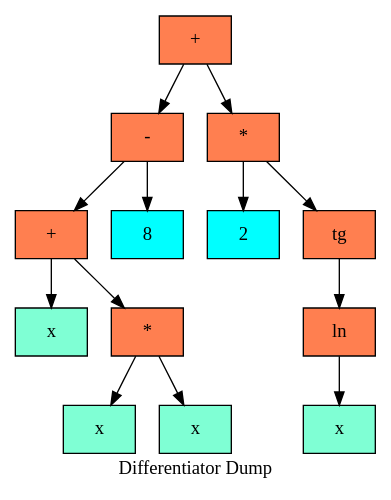
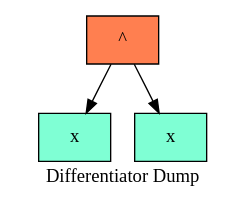
Before and after one commit to aidenfmunro/Differentiator: the diagram in log/dot/treegraph_0.dot, drawn with Graphviz. The commit also changed 11 other files, not shown here.

```diff
--- a/log/dot/treegraph_0.dot
+++ b/log/dot/treegraph_0.dot
@@ -1,31 +1,11 @@
   digraph tree  {
   node[   shape     = "Mrecord",  style     = "filled",  fillcolor = "aqua",  fontcolor = "#000000",  margin    = "0.075"];
   rankdir   = "TB";
 
   label     = "Differentiator Dump";
-"node0" [shape = "record", label = "{+}", fillcolor = "coral"]
-"node1" [shape = "record", label = "{-}", fillcolor = "coral"]
-"node2" [shape = "record", label = "{+}", fillcolor = "coral"]
-"node3" [shape = "record", label = "{x}", fillcolor = "aquamarine"]
-"node2" -> "node3"
-"node4" [shape = "record", label = "{*}", fillcolor = "coral"]
-"node5" [shape = "record", label = "{x}", fillcolor = "aquamarine"]
-"node4" -> "node5"
-"node6" [shape = "record", label = "{x}", fillcolor = "aquamarine"]
-"node4" -> "node6"
-"node2" -> "node4"
-"node1" -> "node2"
-"node7" [shape = "record", label = "{8}", fillcolor = "aqua"]
-"node1" -> "node7"
+"node0" [shape = "record", label = "{^}", fillcolor = "coral"]
+"node1" [shape = "record", label = "{x}", fillcolor = "aquamarine"]
 "node0" -> "node1"
-"node8" [shape = "record", label = "{*}", fillcolor = "coral"]
-"node9" [shape = "record", label = "{2}", fillcolor = "aqua"]
-"node8" -> "node9"
-"node10" [shape = "record", label = "{tg}", fillcolor = "coral"]
-"node11" [shape = "record", label = "{ln}", fillcolor = "coral"]
-"node12" [shape = "record", label = "{x}", fillcolor = "aquamarine"]
-"node11" -> "node12"
-"node10" -> "node11"
-"node8" -> "node10"
-"node0" -> "node8"
+"node2" [shape = "record", label = "{x}", fillcolor = "aquamarine"]
+"node0" -> "node2"
   }
```
